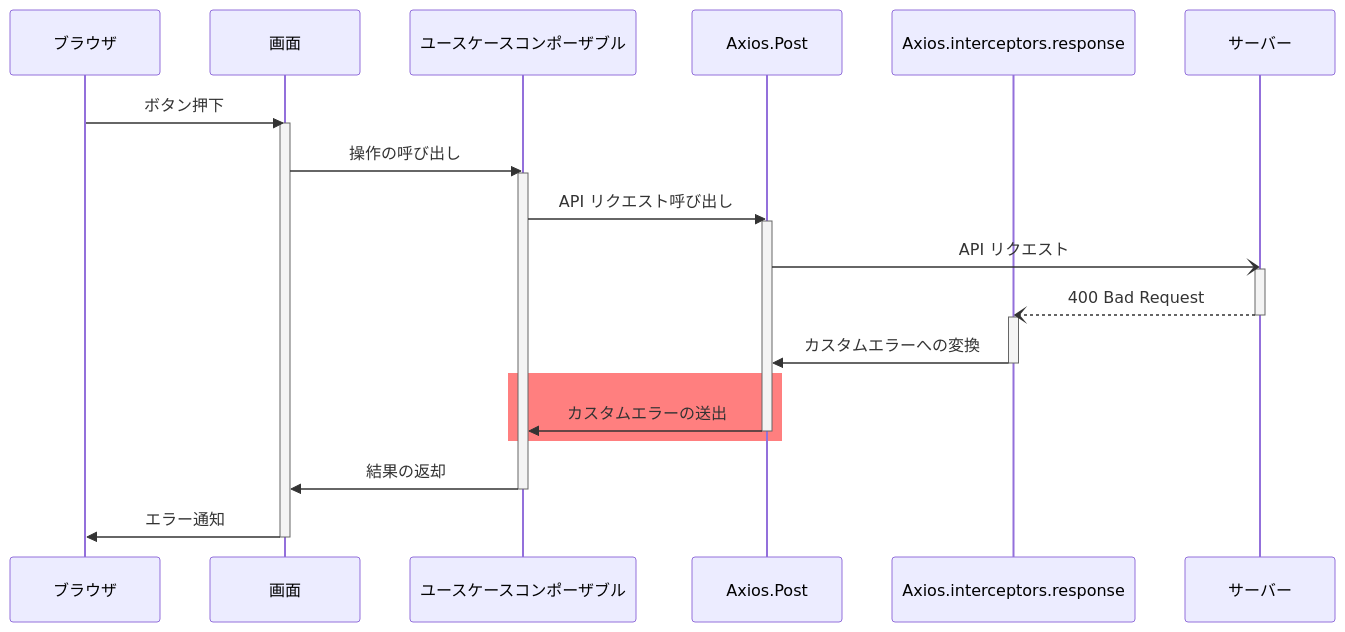
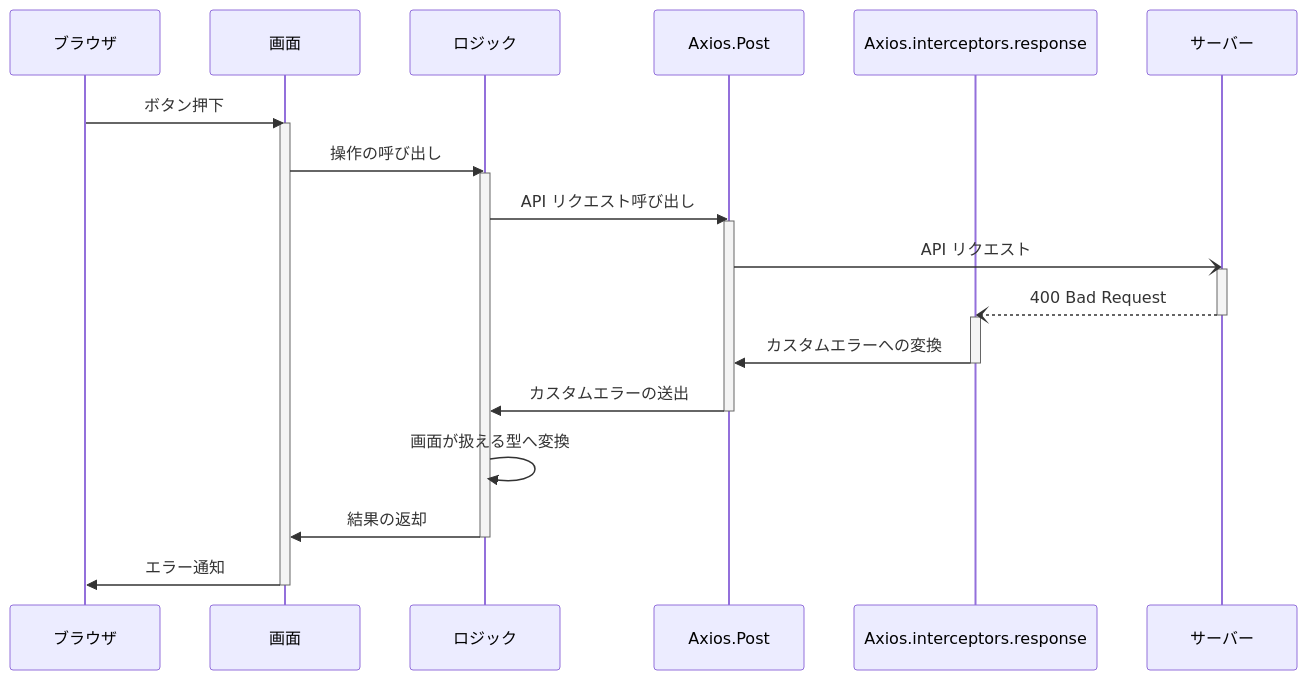
The diagram in documents/contents/app-architecture/client-side-rendering/global-function/exception-handling.md (AlesInfiny/maia), drawn with Mermaid before and after one commit. The commit also changed other lines of this file, not shown here.

Commit message:
例外処理方針ページを添削

````diff
--- a/documents/contents/app-architecture/client-side-rendering/global-function/exception-handling.md
+++ b/documents/contents/app-architecture/client-side-rendering/global-function/exception-handling.md
@@ -85,31 +84,30 @@
 ```mermaid
     sequenceDiagram
     participant B as ブラウザ
     participant P as 画面
-    participant U as ユースケースコンポーザブル
+    participant L as ロジック
     participant A as Axios.Post
     participant I as Axios.interceptors.response
     participant S as サーバー
 
     B->>P: ボタン押下
     activate P
-    P->>U: 操作の呼び出し
-    activate U
-    U->>A: API リクエスト呼び出し
+    P->>L: 操作の呼び出し
+    activate L
+    L->>A: API リクエスト呼び出し
     activate A
     A-)S: API リクエスト
     activate S
     S--)I: 400 Bad Request
     deactivate S
     activate I
     I->>A: カスタムエラーへの変換
     deactivate I
-    rect rgba(255, 0, 0, 0.5)
-        A->>U: カスタムエラーの送出
-        deactivate A
-    end
-    U->>P: 結果の返却
-    deactivate U
+    A->>L: カスタムエラーの送出
+    deactivate A
+    L->>L: 画面が扱える型へ変換
+    L->>P: 結果の返却
+    deactivate L
     P->>B: エラー通知
     deactivate P
 ```
````
